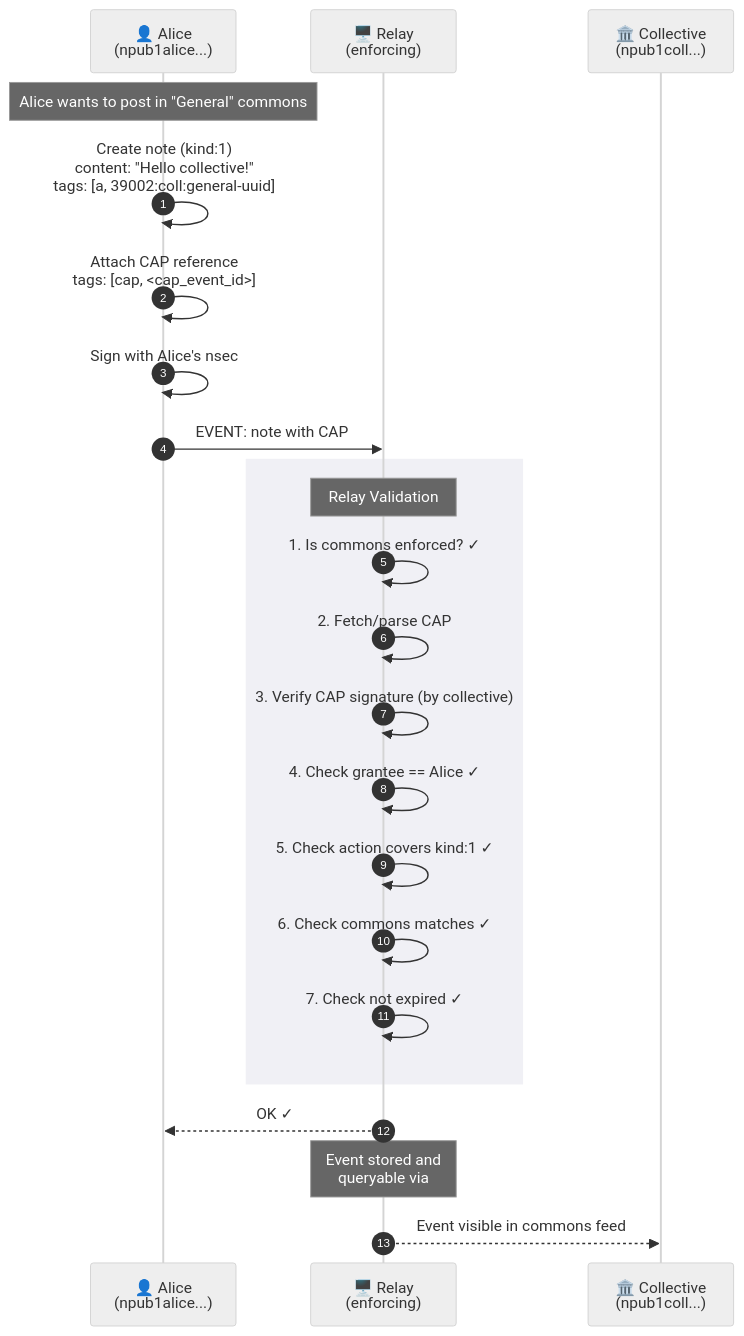
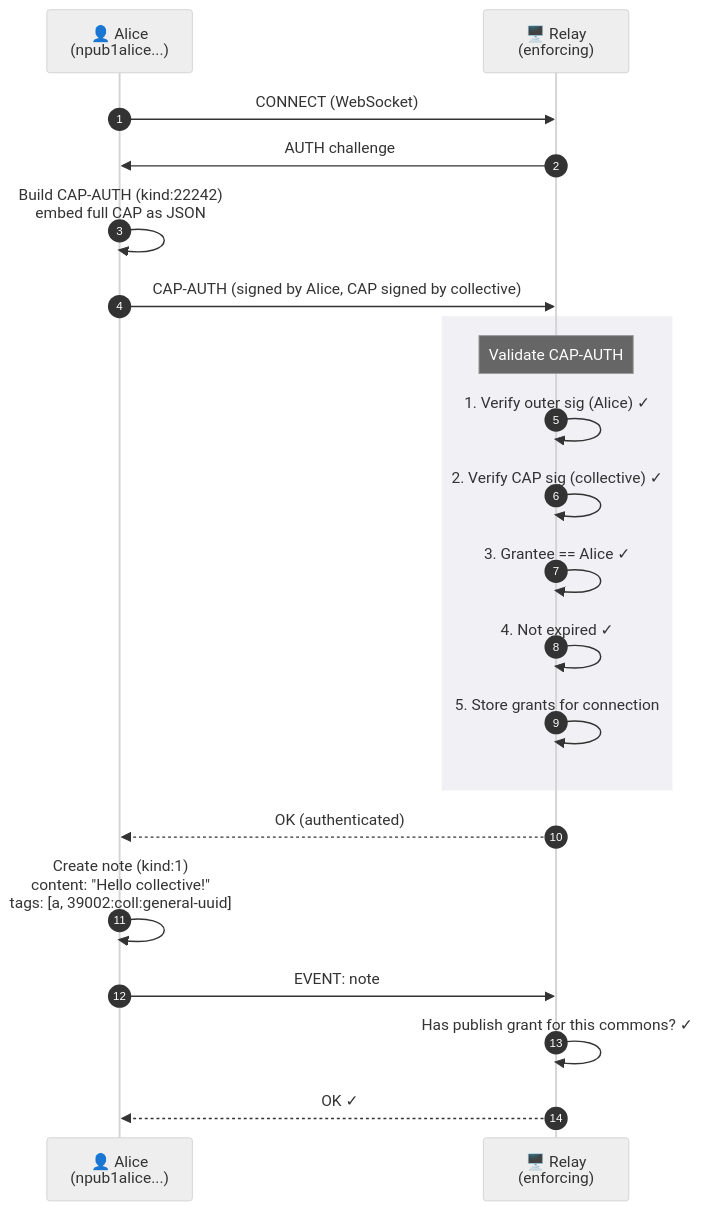
One commit to nigini/nostr-collectives changed the fifth of 6 diagrams in DOCS/00-Overview.md. Above: the diagram before and after it, drawn with Mermaid (neutral theme). The commit also changed other lines of this file, not shown here.

Commit message:
Cleaned up documentation based on prototyping phase. (Overview was missing)

````diff
--- a/DOCS/00-Overview.md
+++ b/DOCS/00-Overview.md
@@ -286,31 +286,29 @@
 ```mermaid
 sequenceDiagram
     autonumber
     participant A as 👤 Alice<br/>(npub1alice...)
     participant R as 🖥️ Relay<br/>(enforcing)
-    participant C as 🏛️ Collective<br/>(npub1coll...)
 
-    Note over A: Alice wants to post in "General" commons
+    A->>R: CONNECT (WebSocket)
+    R->>A: AUTH challenge
+
+    A->>A: Build CAP-AUTH (kind:22242)<br/>embed full CAP as JSON
+    A->>R: CAP-AUTH (signed by Alice, CAP signed by collective)
+
+    rect rgb(240, 240, 245)
+        Note over R: Validate CAP-AUTH
+        R->>R: 1. Verify outer sig (Alice) ✓
+        R->>R: 2. Verify CAP sig (collective) ✓
+        R->>R: 3. Grantee == Alice ✓
+        R->>R: 4. Not expired ✓
+        R->>R: 5. Store grants for connection
+    end
+
+    R-->>A: OK (authenticated)
 
     A->>A: Create note (kind:1)<br/>content: "Hello collective!"<br/>tags: [a, 39002:coll:general-uuid]
-    A->>A: Attach CAP reference<br/>tags: [cap, <cap_event_id>]
-    A->>A: Sign with Alice's nsec
-    A->>R: EVENT: note with CAP
+    A->>R: EVENT: note
 
-    rect rgb(240, 240, 245)
-        Note over R: Relay Validation
-        R->>R: 1. Is commons enforced? ✓
-        R->>R: 2. Fetch/parse CAP
-        R->>R: 3. Verify CAP signature (by collective)
-        R->>R: 4. Check grantee == Alice ✓
-        R->>R: 5. Check action covers kind:1 ✓
-        R->>R: 6. Check commons matches ✓
-        R->>R: 7. Check not expired ✓
-    end
-
+    R->>R: Has publish grant for this commons? ✓
     R-->>A: OK ✓
-
-    Note over R: Event stored and<br/>queryable via #a tag
-
-    R-->>C: Event visible in commons feed
 ```
````
